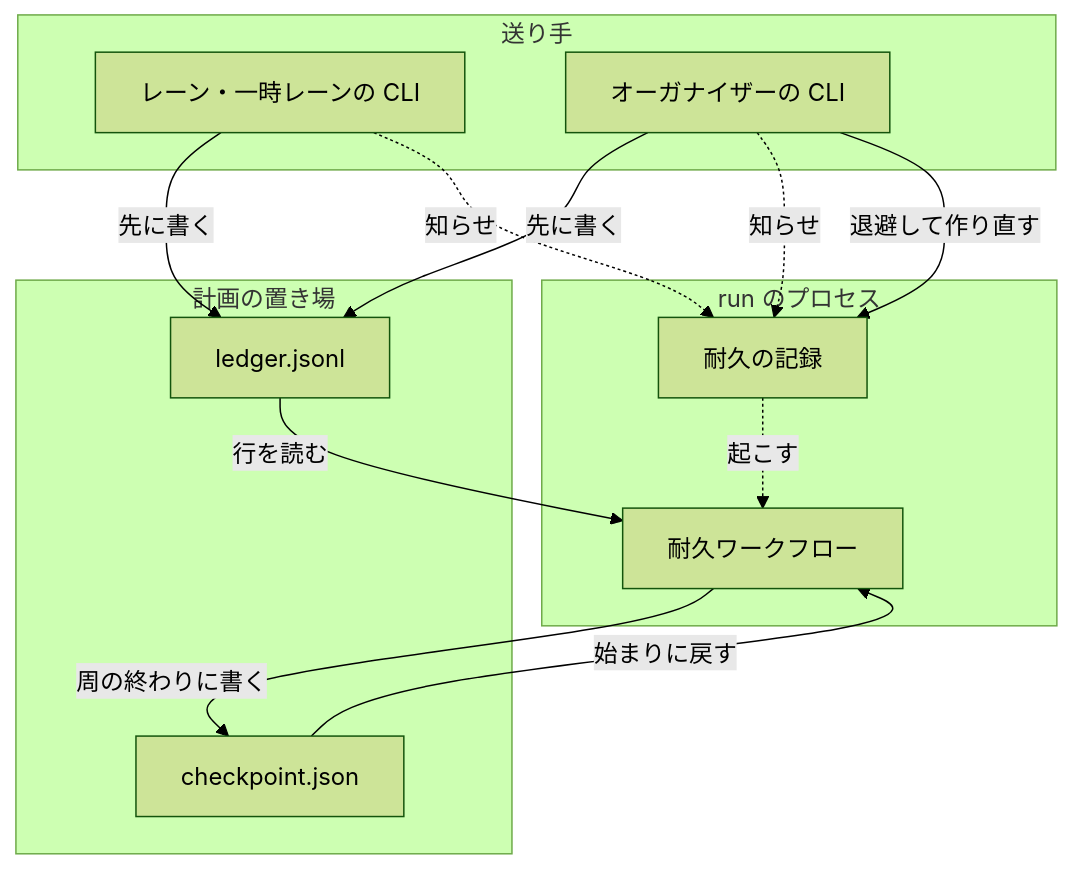
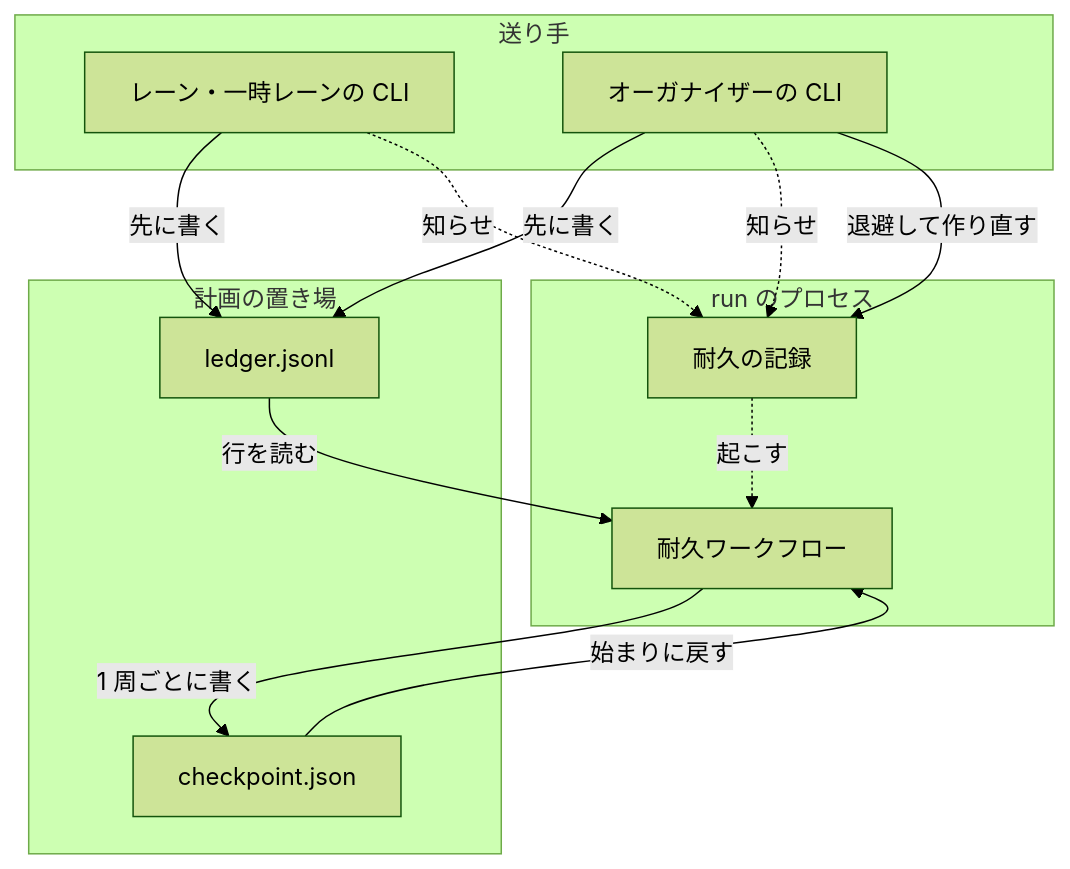
One commit to devbasex/ai-plugins changed the first of 6 diagrams in issues/issue-2647-design.md. Above: the diagram before and after it, drawn with Mermaid (forest theme). The commit also changed other lines of this file and 1 other file, not shown here.

````diff
--- a/issues/issue-2647-design.md
+++ b/issues/issue-2647-design.md
@@ -166,24 +128,24 @@
 ```mermaid
 graph TD
     subgraph 送り手
         L[レーン・一時レーンの CLI]
         O[オーガナイザーの CLI]
     end
     subgraph 計画の置き場
         F[ledger.jsonl]
         C[checkpoint.json]
     end
     subgraph run のプロセス
         W[耐久ワークフロー]
         D[耐久の記録]
     end
     L -->|先に書く| F
     O -->|先に書く| F
     L -.->|知らせ| D
     O -.->|知らせ| D
     D -.->|起こす| W
     F -->|行を読む| W
-    W -->|周の終わりに書く| C
+    W -->|1 周ごとに書く| C
     C -->|始まりに戻す| W
     O -->|退避して作り直す| D
 ```
````
